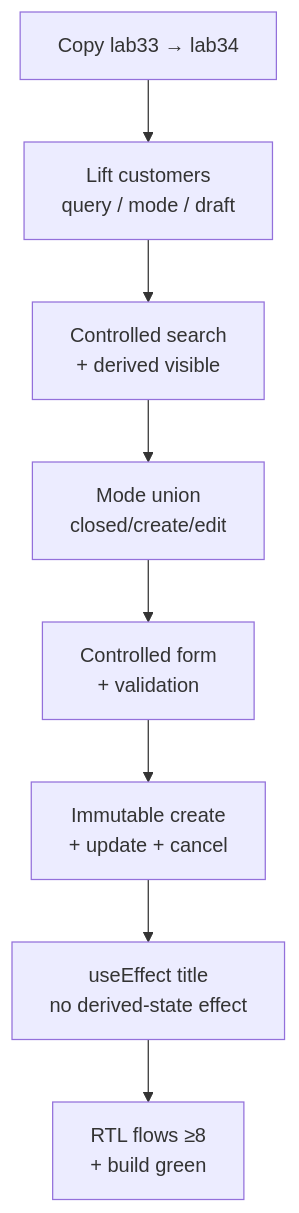
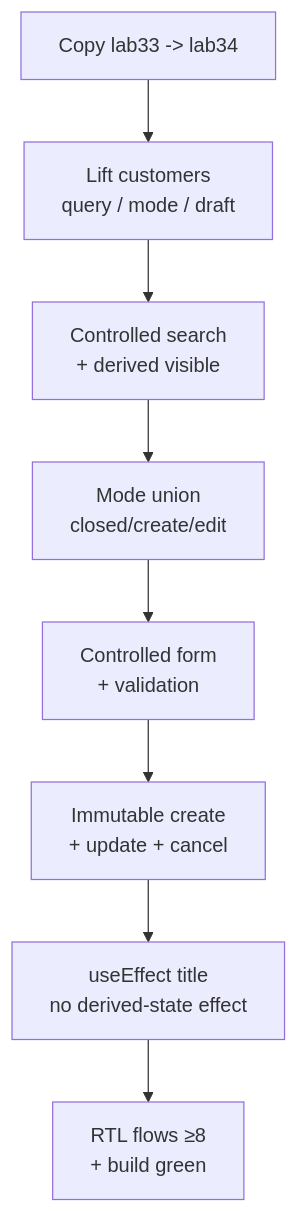
One commit to pupilliluke/bc-sw-engineer-java-participant changed the second of 2 diagrams in labs/Week 4 - Kafka, React, PostgreSQL and Resilience/module-34/lab34/LAB-34-GUIDE.md. Above: the diagram before and after it, drawn with Mermaid. The commit also changed other lines of this file and 55 other files, not shown here.

Commit message:
Stop publishing local screenshots; harden Mermaid for GitHub; sync only tracked lab files.

````diff
--- a/labs/Week 4 - Kafka, React, PostgreSQL and Resilience/module-34/lab34/LAB-34-GUIDE.md
+++ b/labs/Week 4 - Kafka, React, PostgreSQL and Resilience/module-34/lab34/LAB-34-GUIDE.md
@@ -100,10 +100,10 @@
 ```mermaid
 flowchart TD
-    A["Copy lab33 → lab34"] --> B["Lift customers<br/>query / mode / draft"]
+    A["Copy lab33 -> lab34"] --> B["Lift customers<br/>query / mode / draft"]
     B --> C["Controlled search<br/>+ derived visible"]
     C --> D["Mode union<br/>closed/create/edit"]
     D --> E["Controlled form<br/>+ validation"]
     E --> F["Immutable create<br/>+ update + cancel"]
     F --> G["useEffect title<br/>no derived-state effect"]
     G --> H["RTL flows ≥8<br/>+ build green"]
 ```
````
